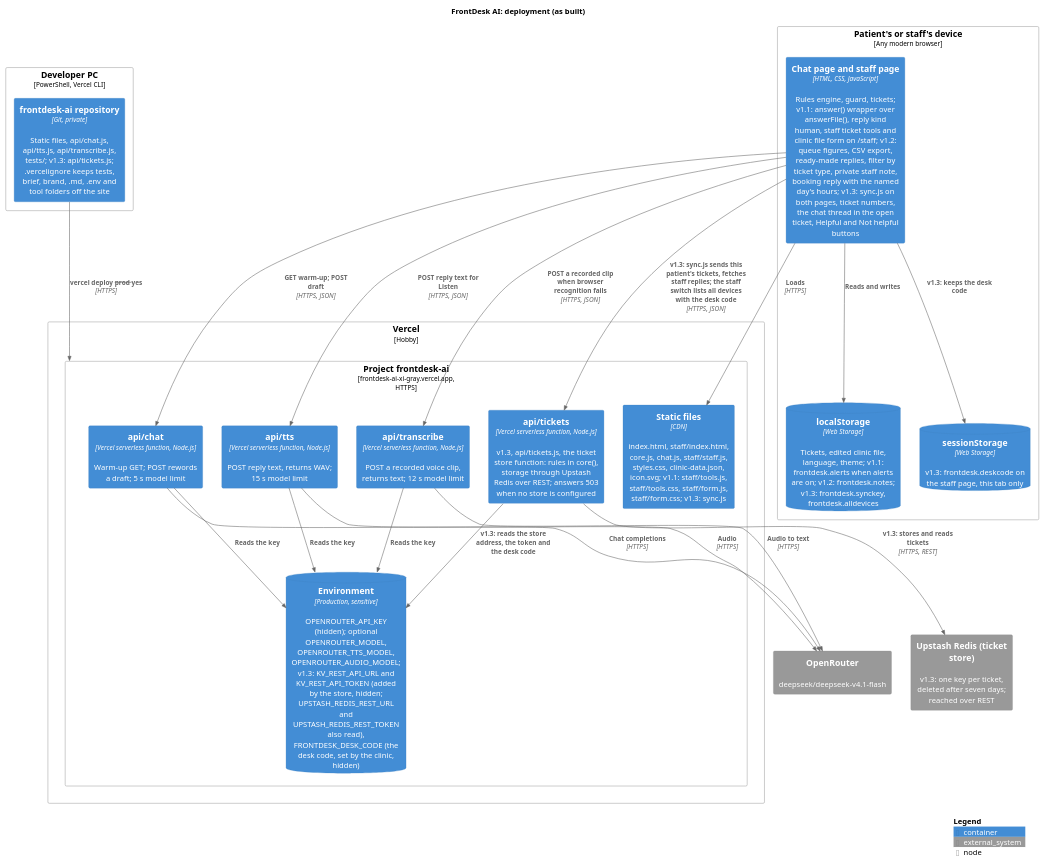
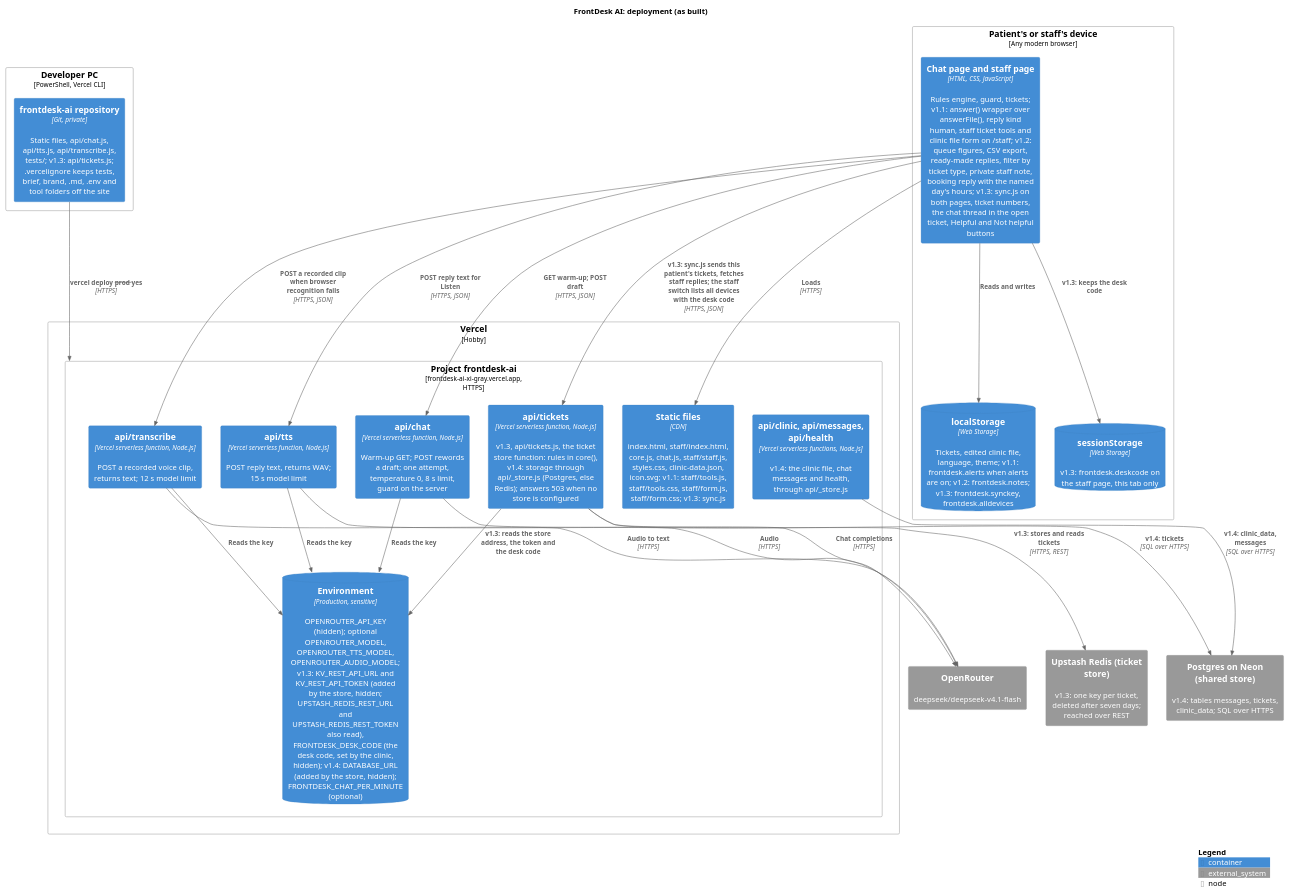
Before and after one commit to karwasanjay007/frontdesk-ai-docs: the diagram in docs/diagrams/deployment.puml, drawn with PlantUML. The commit also changed 36 other files, not shown here.

Commit message:
Version 1.5.0.0: documents brought up to the live version (shared store on Postgres, model step, brand, staff link, phone chat, the invented-doctor rule); evidence

```diff
--- a/docs/diagrams/deployment.puml
+++ b/docs/diagrams/deployment.puml
@@ -1,47 +1,51 @@
 @startuml deployment
 !include <C4/C4_Deployment>
 title FrontDesk AI: deployment (as built)
 
 Deployment_Node(dev, "Developer PC", "PowerShell, Vercel CLI") {
   Container(src, "frontdesk-ai repository", "Git, private", "Static files, api/chat.js, api/tts.js, api/transcribe.js, tests/; v1.3: api/tickets.js; .vercelignore keeps tests, brief, brand, .md, .env and tool folders off the site")
 }
 
 Deployment_Node(vercel, "Vercel", "Hobby") {
   Deployment_Node(proj, "Project frontdesk-ai", "frontdesk-ai-xi-gray.vercel.app, HTTPS") {
     Container(static, "Static files", "CDN", "index.html, staff/index.html, core.js, chat.js, staff/staff.js, styles.css, clinic-data.json, icon.svg; v1.1: staff/tools.js, staff/tools.css, staff/form.js, staff/form.css; v1.3: sync.js")
-    Container(fn, "api/chat", "Vercel serverless function, Node.js", "Warm-up GET; POST rewords a draft; 5 s model limit")
+    Container(fn, "api/chat", "Vercel serverless function, Node.js", "Warm-up GET; POST rewords a draft; one attempt, temperature 0, 8 s limit, guard on the server")
     Container(tts, "api/tts", "Vercel serverless function, Node.js", "POST reply text, returns WAV; 15 s model limit")
     Container(transcribe, "api/transcribe", "Vercel serverless function, Node.js", "POST a recorded voice clip, returns text; 12 s model limit")
-    Container(ticketsfn, "api/tickets", "Vercel serverless function, Node.js", "v1.3, api/tickets.js, the ticket store function: rules in core(), storage through Upstash Redis over REST; answers 503 when no store is configured")
-    ContainerDb(env, "Environment", "Production, sensitive", "OPENROUTER_API_KEY (hidden); optional OPENROUTER_MODEL, OPENROUTER_TTS_MODEL, OPENROUTER_AUDIO_MODEL; v1.3: KV_REST_API_URL and KV_REST_API_TOKEN (added by the store, hidden; UPSTASH_REDIS_REST_URL and UPSTASH_REDIS_REST_TOKEN also read), FRONTDESK_DESK_CODE (the desk code, set by the clinic, hidden)")
+    Container(ticketsfn, "api/tickets", "Vercel serverless function, Node.js", "v1.3, api/tickets.js, the ticket store function: rules in core(), v1.4: storage through api/_store.js (Postgres, else Redis); answers 503 when no store is configured")
+    Container(clinicfn, "api/clinic, api/messages, api/health", "Vercel serverless functions, Node.js", "v1.4: the clinic file, chat messages and health, through api/_store.js")
+    ContainerDb(env, "Environment", "Production, sensitive", "OPENROUTER_API_KEY (hidden); optional OPENROUTER_MODEL, OPENROUTER_TTS_MODEL, OPENROUTER_AUDIO_MODEL; v1.3: KV_REST_API_URL and KV_REST_API_TOKEN (added by the store, hidden; UPSTASH_REDIS_REST_URL and UPSTASH_REDIS_REST_TOKEN also read), FRONTDESK_DESK_CODE (the desk code, set by the clinic, hidden); v1.4: DATABASE_URL (added by the store, hidden); FRONTDESK_CHAT_PER_MINUTE (optional)")
   }
 }
 
 Deployment_Node(device, "Patient's or staff's device", "Any modern browser") {
   Container(pages, "Chat page and staff page", "HTML, CSS, JavaScript", "Rules engine, guard, tickets; v1.1: answer() wrapper over answerFile(), reply kind human, staff ticket tools and clinic file form on /staff; v1.2: queue figures, CSV export, ready-made replies, filter by ticket type, private staff note, booking reply with the named day's hours; v1.3: sync.js on both pages, ticket numbers, the chat thread in the open ticket, Helpful and Not helpful buttons")
   ContainerDb(ls, "localStorage", "Web Storage", "Tickets, edited clinic file, language, theme; v1.1: frontdesk.alerts when alerts are on; v1.2: frontdesk.notes; v1.3: frontdesk.synckey, frontdesk.alldevices")
   ContainerDb(ss, "sessionStorage", "Web Storage", "v1.3: frontdesk.deskcode on the staff page, this tab only")
 }
 
 System_Ext(openrouter, "OpenRouter", "deepseek/deepseek-v4.1-flash")
 System_Ext(upstash, "Upstash Redis (ticket store)", "v1.3: one key per ticket, deleted after seven days; reached over REST")
 
 Rel(src, proj, "vercel deploy --prod --yes", "HTTPS")
 Rel(pages, static, "Loads", "HTTPS")
 Rel(pages, fn, "GET warm-up; POST draft", "HTTPS, JSON")
 Rel(pages, tts, "POST reply text for Listen", "HTTPS, JSON")
 Rel(tts, env, "Reads the key")
 Rel(tts, openrouter, "Audio", "HTTPS")
 Rel(pages, transcribe, "POST a recorded clip when browser recognition fails", "HTTPS, JSON")
 Rel(transcribe, env, "Reads the key")
 Rel(transcribe, openrouter, "Audio to text", "HTTPS")
 Rel(fn, env, "Reads the key")
 Rel(fn, openrouter, "Chat completions", "HTTPS")
 Rel(pages, ls, "Reads and writes")
 Rel(pages, ss, "v1.3: keeps the desk code")
 Rel(pages, ticketsfn, "v1.3: sync.js sends this patient's tickets, fetches staff replies; the staff switch lists all devices with the desk code", "HTTPS, JSON")
 Rel(ticketsfn, env, "v1.3: reads the store address, the token and the desk code")
 Rel(ticketsfn, upstash, "v1.3: stores and reads tickets", "HTTPS, REST")
 
 SHOW_LEGEND()
+System_Ext(neon, "Postgres on Neon (shared store)", "v1.4: tables messages, tickets, clinic_data; SQL over HTTPS")
+Rel(ticketsfn, neon, "v1.4: tickets", "SQL over HTTPS")
+Rel(clinicfn, neon, "v1.4: clinic_data, messages", "SQL over HTTPS")
 @enduml
```
